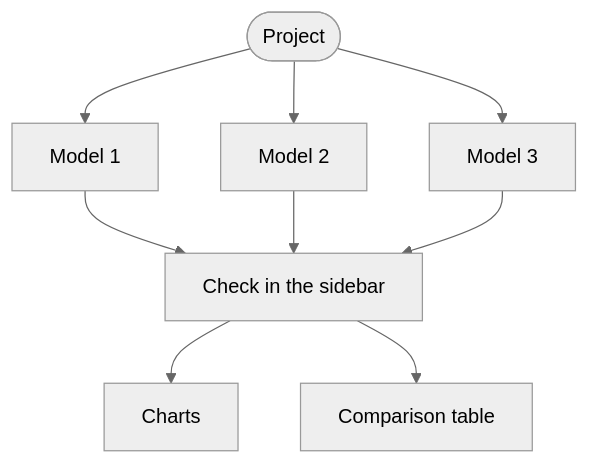
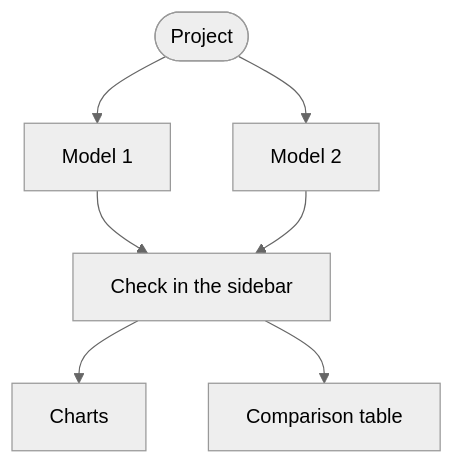
One commit to ultralytics/ultralytics changed the diagram in docs/en/platform/train/projects.md. Above: the diagram before and after it, drawn with Mermaid (neutral theme). The commit also changed 6 other files, not shown here.

First line of the commit message:
Fit Mermaid diagrams to phone width in the site renderer

````diff
--- a/docs/en/platform/train/projects.md
+++ b/docs/en/platform/train/projects.md
@@ -13,11 +13,9 @@
 ```mermaid
 flowchart TD
     P([Project]) --> M1[Model 1]
     P --> M2[Model 2]
-    P --> M3[Model 3]
     M1 --> S[Check in the sidebar]
     M2 --> S
-    M3 --> S
     S --> C[Charts]
     S --> T[Comparison table]
 ```
````
